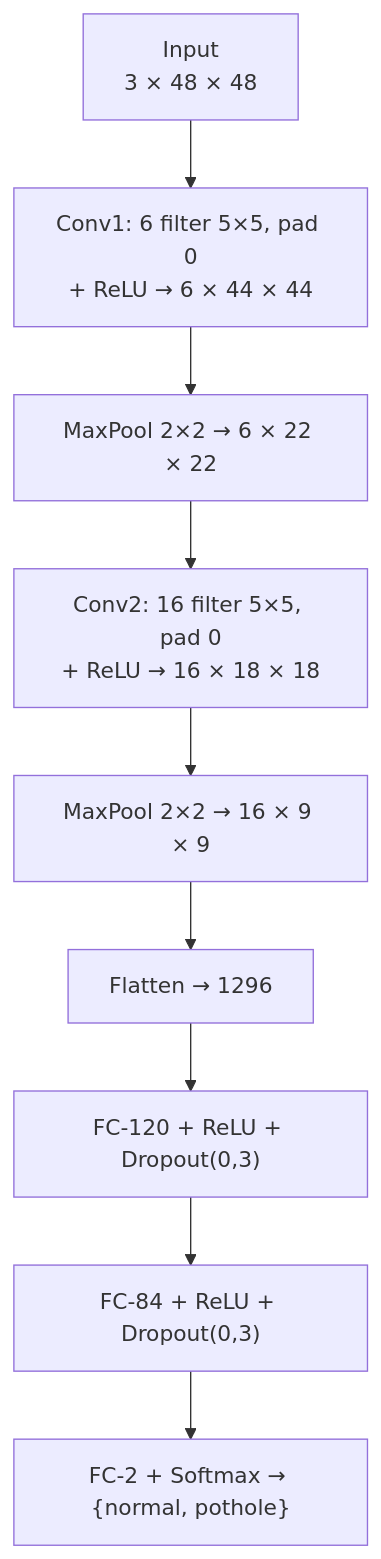
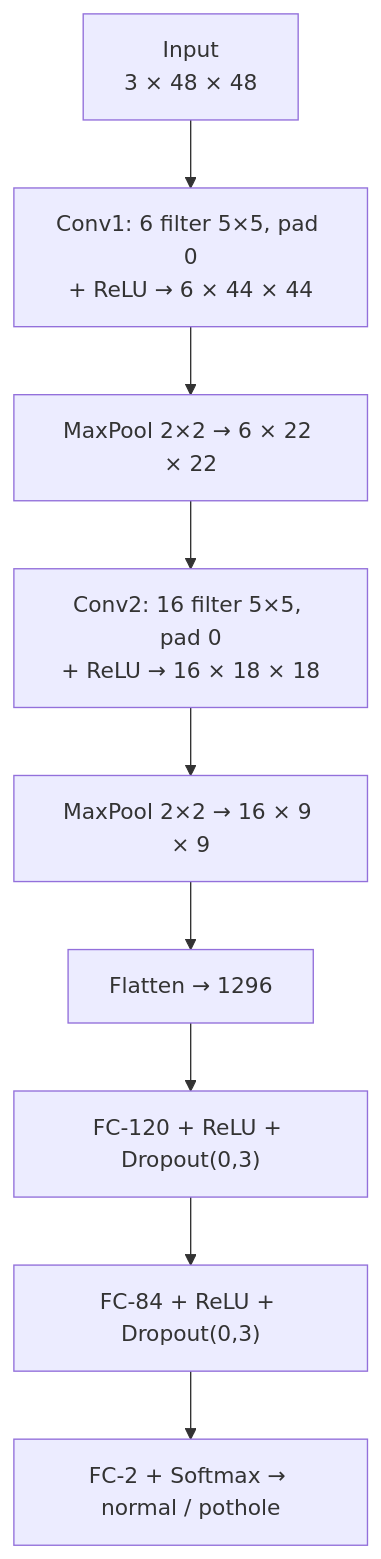
One commit to arisros/pothole-detection changed the third of 5 diagrams in makalah/makalah-deteksi-jalan-berlubang-cnn.md. Above: the diagram before and after it, drawn with Mermaid. The commit also changed other lines of this file and 4 other files, not shown here.

First line of the commit message:
Makalah: komponen kode↔diagram (responsif), perbesar & perbaiki diagram

````diff
--- a/makalah/makalah-deteksi-jalan-berlubang-cnn.md
+++ b/makalah/makalah-deteksi-jalan-berlubang-cnn.md
@@ -480,13 +480,13 @@
 ```mermaid
 flowchart TB
     A["Input<br/>3 × 48 × 48"]
     B["Conv1: 6 filter 5×5, pad 0<br/>+ ReLU → 6 × 44 × 44"]
     C["MaxPool 2×2 → 6 × 22 × 22"]
     D["Conv2: 16 filter 5×5, pad 0<br/>+ ReLU → 16 × 18 × 18"]
     E["MaxPool 2×2 → 16 × 9 × 9"]
     F["Flatten → 1296"]
     G["FC-120 + ReLU + Dropout(0,3)"]
     H["FC-84 + ReLU + Dropout(0,3)"]
-    I["FC-2 + Softmax → {normal, pothole}"]
+    I["FC-2 + Softmax → normal / pothole"]
     A --> B --> C --> D --> E --> F --> G --> H --> I
 ```
````
